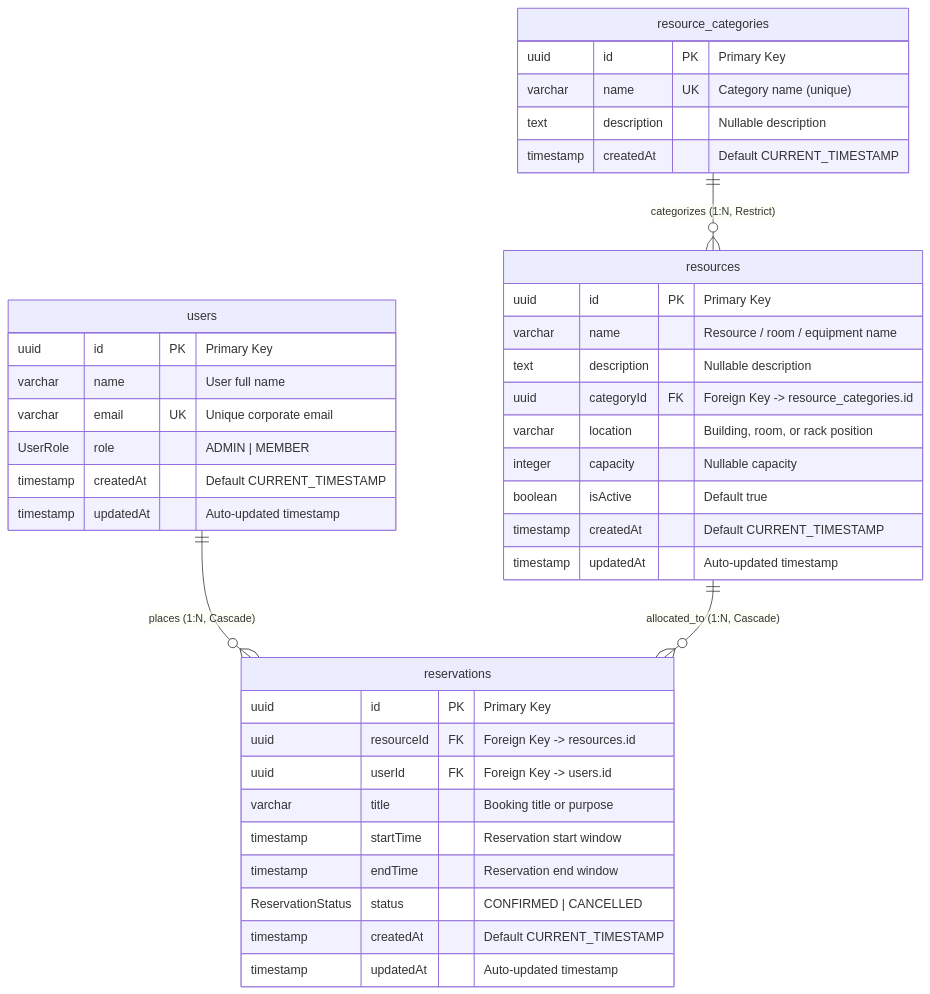
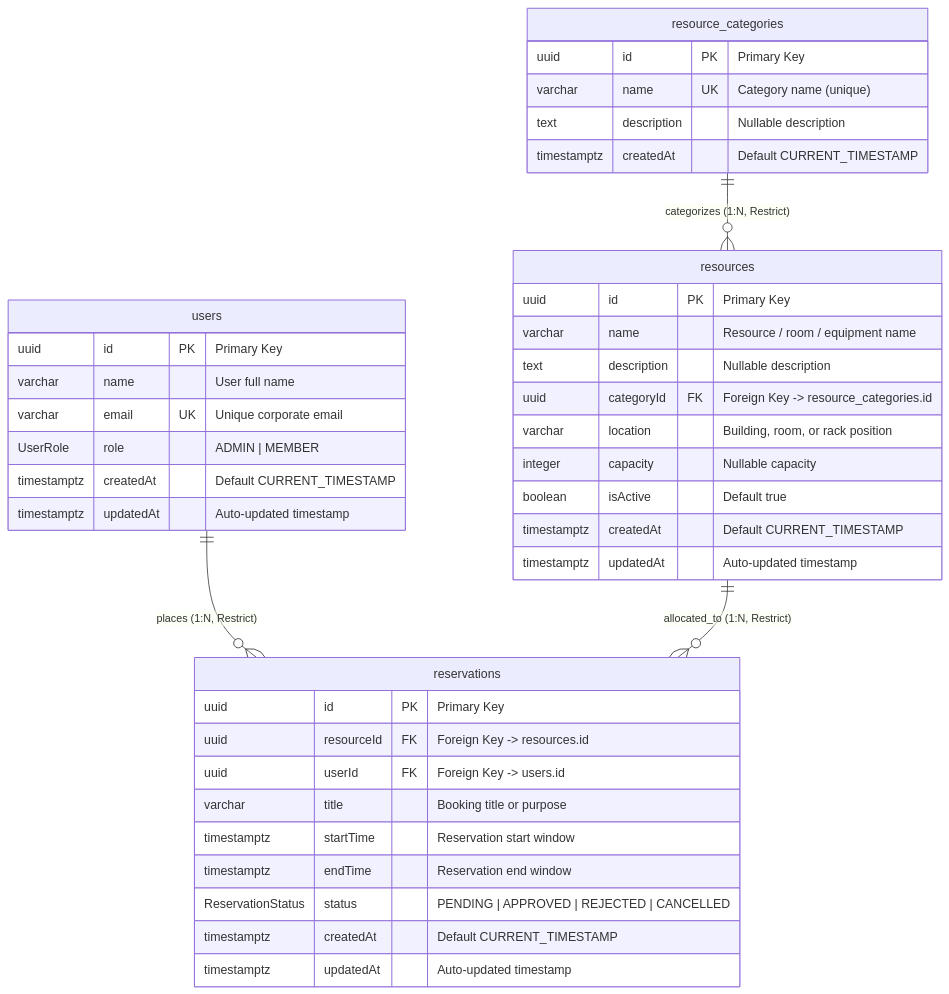
One commit to MenukaPerera42/Slotify changed the diagram in docs/database-architecture.md. Above: the diagram before and after it, drawn with Mermaid. The commit also changed other lines of this file and 29 other files, not shown here.

````diff
--- a/docs/database-architecture.md
+++ b/docs/database-architecture.md
@@ -9,46 +9,46 @@
 ```mermaid
 erDiagram
     users {
         uuid id PK "Primary Key"
         varchar name "User full name"
         varchar email UK "Unique corporate email"
         UserRole role "ADMIN | MEMBER"
-        timestamp createdAt "Default CURRENT_TIMESTAMP"
-        timestamp updatedAt "Auto-updated timestamp"
+        timestamptz createdAt "Default CURRENT_TIMESTAMP"
+        timestamptz updatedAt "Auto-updated timestamp"
     }
 
     resource_categories {
         uuid id PK "Primary Key"
         varchar name UK "Category name (unique)"
         text description "Nullable description"
-        timestamp createdAt "Default CURRENT_TIMESTAMP"
+        timestamptz createdAt "Default CURRENT_TIMESTAMP"
     }
 
     resources {
         uuid id PK "Primary Key"
         varchar name "Resource / room / equipment name"
         text description "Nullable description"
         uuid categoryId FK "Foreign Key -> resource_categories.id"
         varchar location "Building, room, or rack position"
         integer capacity "Nullable capacity"
         boolean isActive "Default true"
-        timestamp createdAt "Default CURRENT_TIMESTAMP"
-        timestamp updatedAt "Auto-updated timestamp"
+        timestamptz createdAt "Default CURRENT_TIMESTAMP"
+        timestamptz updatedAt "Auto-updated timestamp"
     }
 
     reservations {
         uuid id PK "Primary Key"
         uuid resourceId FK "Foreign Key -> resources.id"
         uuid userId FK "Foreign Key -> users.id"
         varchar title "Booking title or purpose"
-        timestamp startTime "Reservation start window"
-        timestamp endTime "Reservation end window"
-        ReservationStatus status "CONFIRMED | CANCELLED"
-        timestamp createdAt "Default CURRENT_TIMESTAMP"
-        timestamp updatedAt "Auto-updated timestamp"
+        timestamptz startTime "Reservation start window"
+        timestamptz endTime "Reservation end window"
+        ReservationStatus status "PENDING | APPROVED | REJECTED | CANCELLED"
+        timestamptz createdAt "Default CURRENT_TIMESTAMP"
+        timestamptz updatedAt "Auto-updated timestamp"
     }
 
-    users ||--o{ reservations : "places (1:N, Cascade)"
+    users ||--o{ reservations : "places (1:N, Restrict)"
     resource_categories ||--o{ resources : "categorizes (1:N, Restrict)"
-    resources ||--o{ reservations : "allocated_to (1:N, Cascade)"
+    resources ||--o{ reservations : "allocated_to (1:N, Restrict)"
 ```
````
